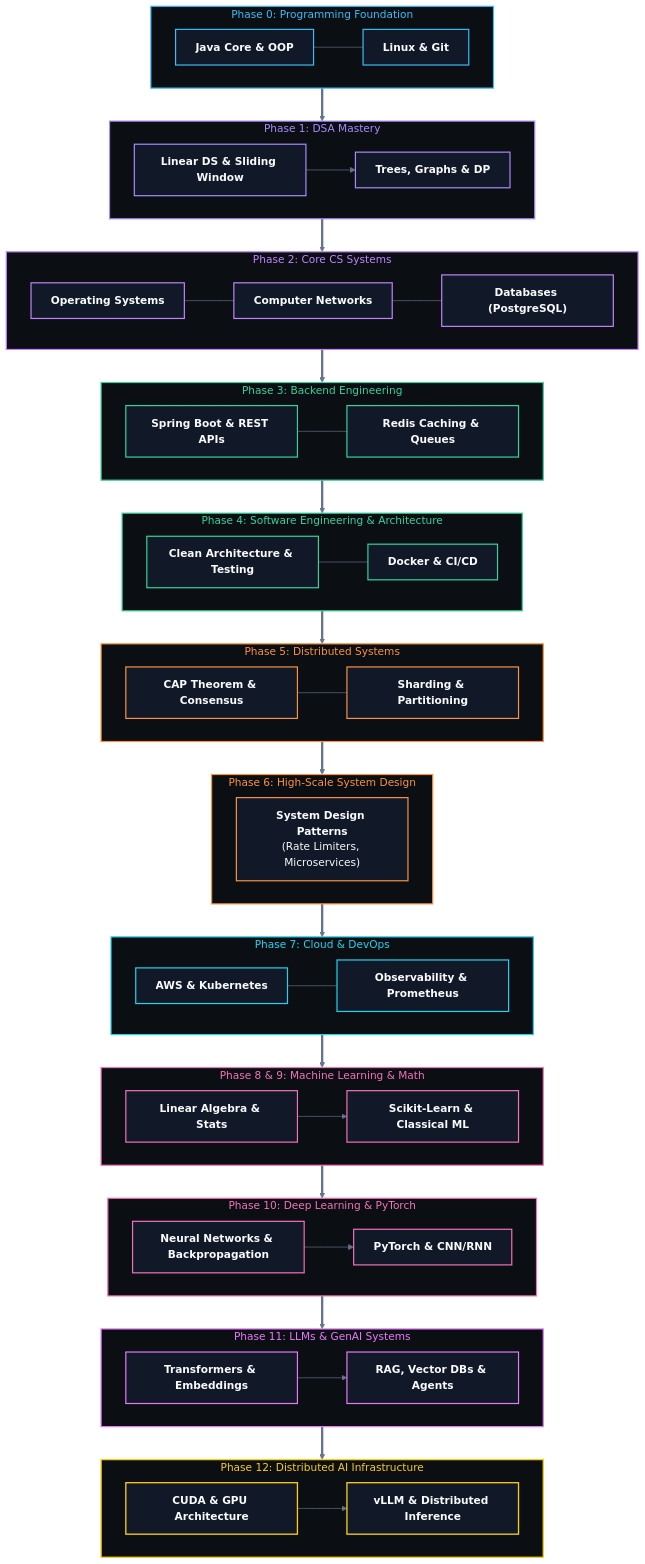
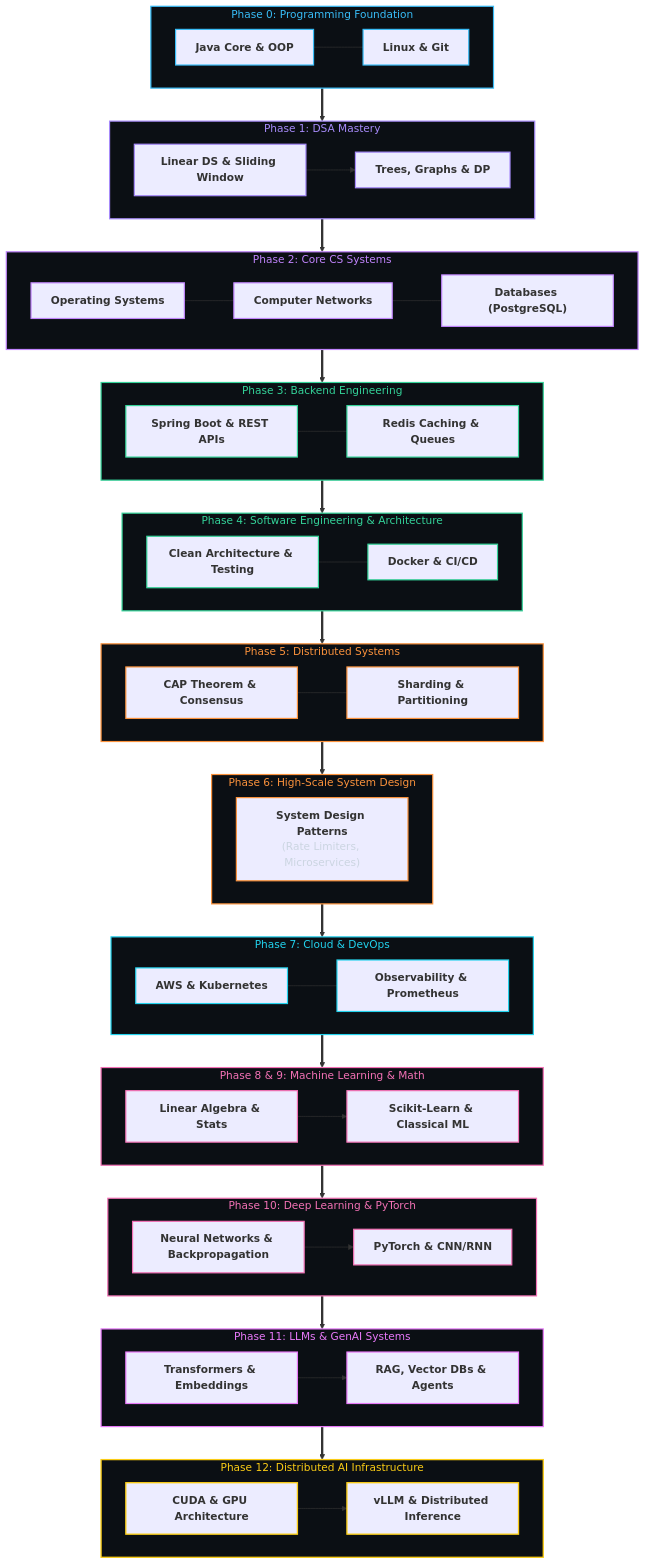
One commit to abhinavbharti2345/CS_Notes changed the diagram in BrainOS/01 - Roadmap/CS Engineering Roadmap.md. Above: the diagram before and after it, drawn with Mermaid. The commit also changed 91 other files, not shown here.

````diff
--- a/BrainOS/01 - Roadmap/CS Engineering Roadmap.md
+++ b/BrainOS/01 - Roadmap/CS Engineering Roadmap.md
@@ -21,5 +21,4 @@
 ```mermaid
-%%{init: {'theme': 'base', 'themeVariables': { 'darkMode': true, 'background': '#0B0F14', 'mainBkg': '#111827', 'primaryColor': '#111827', 'primaryTextColor': '#F8FAFC', 'primaryBorderColor': '#38BDF8', 'lineColor': '#64748B', 'secondaryColor': '#0B0F14', 'tertiaryColor': '#0B0F14', 'clusterBkg': '#0B0F14', 'clusterBorder': '#38BDF8' }}}%%
 flowchart TD
     subgraph P0 ["Phase 0: Programming Foundation"]
         direction LR
@@ -97,15 +96,15 @@
     style P11 fill:#0B0F14,stroke:#E879F9,stroke-width:1.8px,color:#E879F9
     style P12 fill:#0B0F14,stroke:#FACC15,stroke-width:2px,color:#FACC15
 
-    classDef fndNode fill:#111827,stroke:#38BDF8,stroke-width:1.8px,color:#F8FAFC;
-    classDef dsaNode fill:#111827,stroke:#A78BFA,stroke-width:1.8px,color:#F8FAFC;
-    classDef coreNode fill:#111827,stroke:#C084FC,stroke-width:1.8px,color:#F8FAFC;
-    classDef seNode fill:#111827,stroke:#34D399,stroke-width:1.8px,color:#F8FAFC;
-    classDef sysNode fill:#111827,stroke:#FB923C,stroke-width:1.8px,color:#F8FAFC;
-    classDef cloudNode fill:#111827,stroke:#22D3EE,stroke-width:1.8px,color:#F8FAFC;
-    classDef mlNode fill:#111827,stroke:#F472B6,stroke-width:1.8px,color:#F8FAFC;
-    classDef llmNode fill:#111827,stroke:#E879F9,stroke-width:1.8px,color:#F8FAFC;
-    classDef aiInfraNode fill:#111827,stroke:#FACC15,stroke-width:2px,color:#F8FAFC;
+    classDef fndNode stroke:#38BDF8,stroke-width:1.8px;
+    classDef dsaNode stroke:#A78BFA,stroke-width:1.8px;
+    classDef coreNode stroke:#C084FC,stroke-width:1.8px;
+    classDef seNode stroke:#34D399,stroke-width:1.8px;
+    classDef sysNode stroke:#FB923C,stroke-width:1.8px;
+    classDef cloudNode stroke:#22D3EE,stroke-width:1.8px;
+    classDef mlNode stroke:#F472B6,stroke-width:1.8px;
+    classDef llmNode stroke:#E879F9,stroke-width:1.8px;
+    classDef aiInfraNode stroke:#FACC15,stroke-width:2px;
 
     class J,L fndNode;
     class DSA1,DSA2 dsaNode;
````
